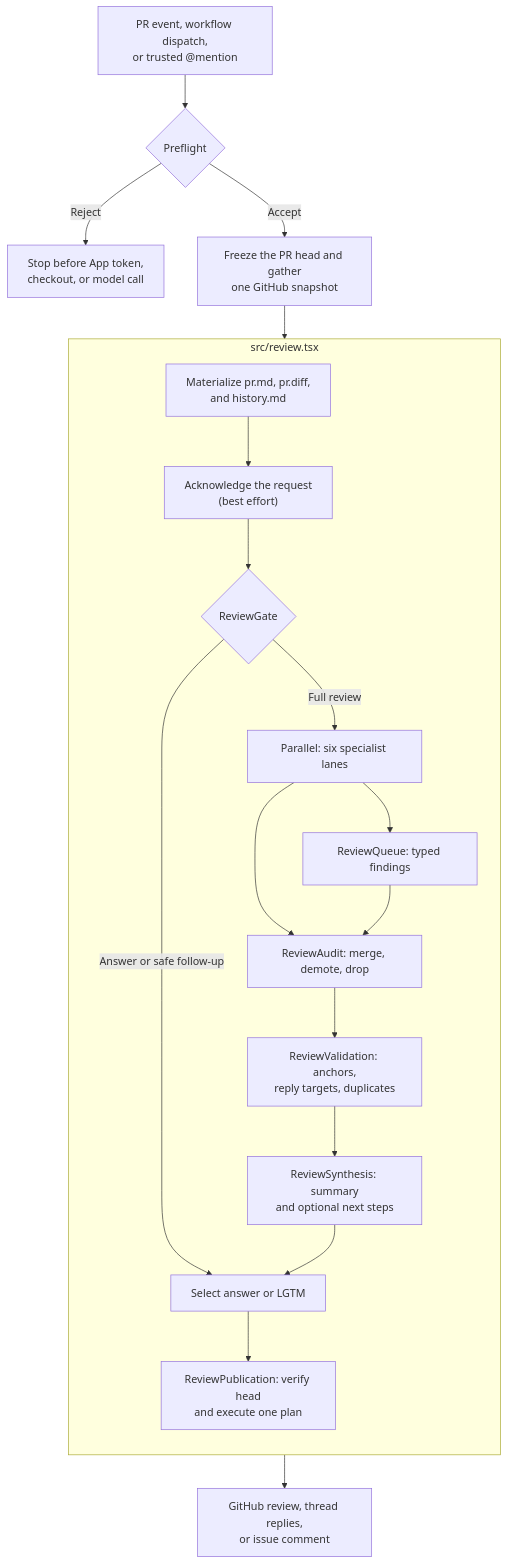
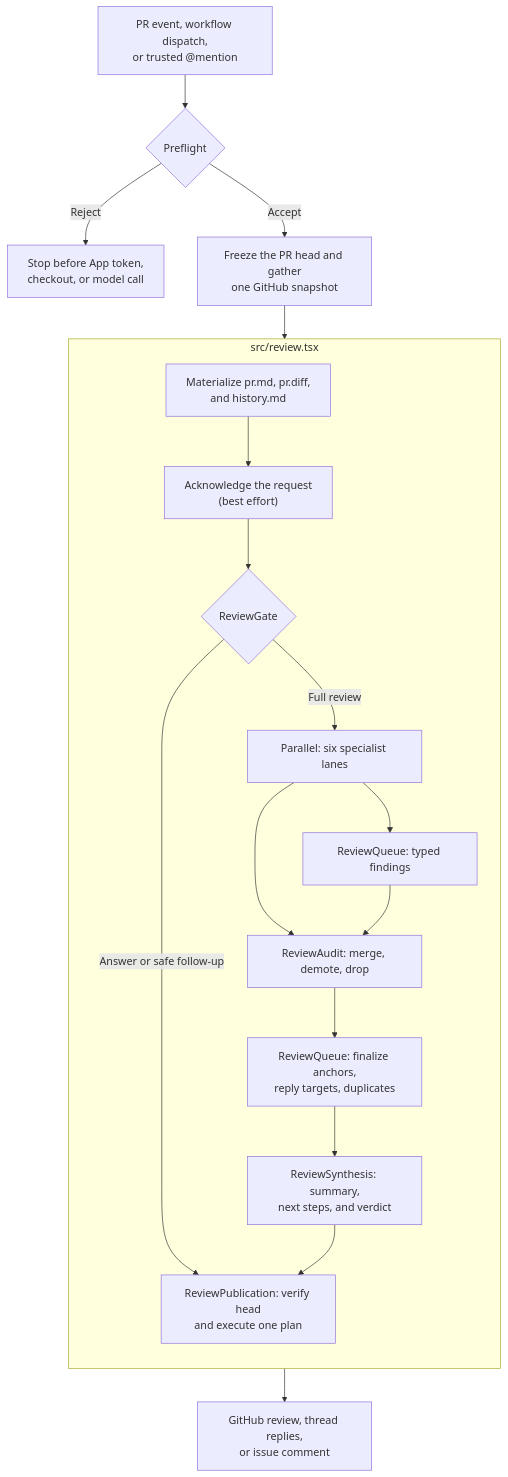
The diagram in README.md (we-are-singular/singular-code-review-agent), drawn with Mermaid before and after one commit. The commit also changed other lines of this file and 24 other files, not shown here.

````diff
--- a/README.md
+++ b/README.md
@@ -30,24 +30,23 @@
 ```mermaid
 flowchart TB
     event["PR event, workflow dispatch,<br/>or trusted @mention"] --> preflight{"Preflight"}
     preflight -->|Reject| stop["Stop before App token,<br/>checkout, or model call"]
     preflight -->|Accept| snapshot["Freeze the PR head and gather<br/>one GitHub snapshot"]
 
     subgraph review["src/review.tsx"]
       direction TB
       context["Materialize pr.md, pr.diff,<br/>and history.md"] --> acknowledgement["Acknowledge the request<br/>(best effort)"]
       acknowledgement --> gate{"ReviewGate"}
-      gate -->|Answer or safe follow-up| outcome["Select answer or LGTM"]
+      gate -->|Answer or safe follow-up| publication
       gate -->|Full review| parallel["Parallel: six specialist lanes"]
       parallel --> queue["ReviewQueue: typed findings"]
       parallel --> audit
       queue --> audit["ReviewAudit: merge, demote, drop"]
-      audit --> validation["ReviewValidation: anchors,<br/>reply targets, duplicates"]
-      validation --> synthesis["ReviewSynthesis: summary<br/>and optional next steps"]
-      synthesis --> outcome
-      outcome --> publication["ReviewPublication: verify head<br/>and execute one plan"]
+      audit --> finalization["ReviewQueue: finalize anchors,<br/>reply targets, duplicates"]
+      finalization --> synthesis["ReviewSynthesis: summary,<br/>next steps, and verdict"]
+      synthesis --> publication["ReviewPublication: verify head<br/>and execute one plan"]
     end
 
     snapshot --> context
     publication --> github["GitHub review, thread replies,<br/>or issue comment"]
 ```
````
